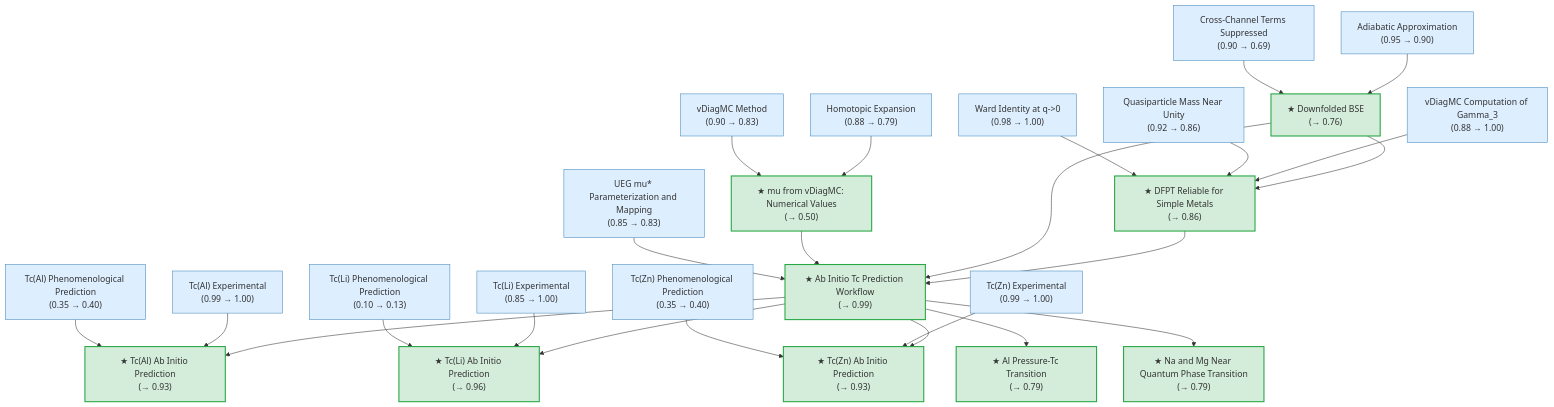
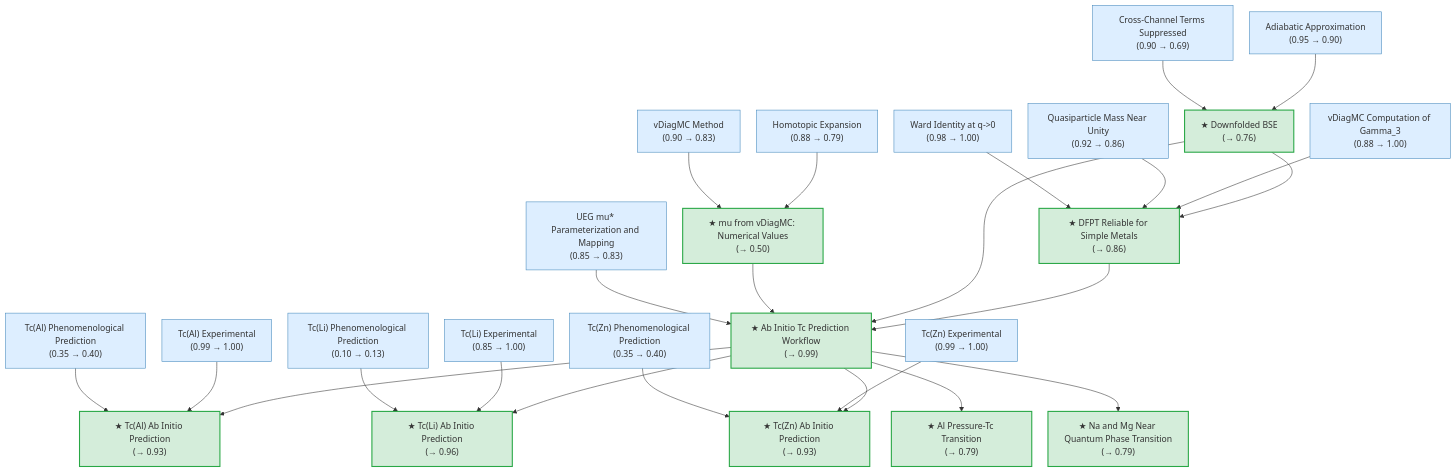
Before and after one commit to kunyuan/SuperconductivityElectronLiquids.gaia: the diagram in README.md, drawn with Mermaid.

Commit message:
feat: increase Mermaid rankSpacing for taller graph

````diff
--- a/README.md
+++ b/README.md
@@ -9,52 +9,58 @@
 ```mermaid
+---
+config:
+  flowchart:
+    rankSpacing: 80
+    nodeSpacing: 30
+---
 graph TB
     adiabatic_approx["Adiabatic Approximation\n(0.95 → 0.90)"]:::premise
     tc_al_experimental["Tc(Al) Experimental\n(0.99 → 1.00)"]:::premise
     tc_li_experimental["Tc(Li) Experimental\n(0.85 → 1.00)"]:::premise
     tc_zn_experimental["Tc(Zn) Experimental\n(0.99 → 1.00)"]:::premise
     tc_al_phenomenological["Tc(Al) Phenomenological Prediction\n(0.35 → 0.40)"]:::premise
     tc_li_phenomenological["Tc(Li) Phenomenological Prediction\n(0.10 → 0.13)"]:::premise
     tc_zn_phenomenological["Tc(Zn) Phenomenological Prediction\n(0.35 → 0.40)"]:::premise
     cross_term_suppressed["Cross-Channel Terms Suppressed\n(0.90 → 0.69)"]:::premise
     downfolded_bse["★ Downfolded BSE\n(→ 0.76)"]:::exported
     vdiagmc_method["vDiagMC Method\n(0.90 → 0.83)"]:::premise
     homotopic_expansion["Homotopic Expansion\n(0.88 → 0.79)"]:::premise
     mu_vdiagmc_values["★ mu from vDiagMC: Numerical Values\n(→ 0.50)"]:::exported
     ward_identity["Ward Identity at q->0\n(0.98 → 1.00)"]:::premise
     gamma3_vdiagmc["vDiagMC Computation of Gamma_3\n(0.88 → 1.00)"]:::premise
     quasiparticle_mass_near_unity["Quasiparticle Mass Near Unity\n(0.92 → 0.86)"]:::premise
     dfpt_reliable_for_simple_metals["★ DFPT Reliable for Simple Metals\n(→ 0.86)"]:::exported
     ueg_pseudopotential_parameterization["UEG mu#ast; Parameterization and Mapping\n(0.85 → 0.83)"]:::premise
     ab_initio_workflow["★ Ab Initio Tc Prediction Workflow\n(→ 0.99)"]:::exported
     tc_al_predicted["★ Tc(Al) Ab Initio Prediction\n(→ 0.93)"]:::exported
     tc_zn_predicted["★ Tc(Zn) Ab Initio Prediction\n(→ 0.93)"]:::exported
     tc_li_predicted["★ Tc(Li) Ab Initio Prediction\n(→ 0.96)"]:::exported
     al_pressure_transition["★ Al Pressure-Tc Transition\n(→ 0.79)"]:::exported
     tc_mg_na_near_qpt["★ Na and Mg Near Quantum Phase Transition\n(→ 0.79)"]:::exported
     ab_initio_workflow --> al_pressure_transition
     ab_initio_workflow --> tc_al_predicted
     tc_al_experimental --> tc_al_predicted
     tc_al_phenomenological --> tc_al_predicted
     ab_initio_workflow --> tc_li_predicted
     tc_li_experimental --> tc_li_predicted
     tc_li_phenomenological --> tc_li_predicted
     ab_initio_workflow --> tc_mg_na_near_qpt
     ab_initio_workflow --> tc_zn_predicted
     tc_zn_experimental --> tc_zn_predicted
     tc_zn_phenomenological --> tc_zn_predicted
     adiabatic_approx --> downfolded_bse
     cross_term_suppressed --> downfolded_bse
     dfpt_reliable_for_simple_metals --> ab_initio_workflow
     downfolded_bse --> ab_initio_workflow
     mu_vdiagmc_values --> ab_initio_workflow
     ueg_pseudopotential_parameterization --> ab_initio_workflow
     downfolded_bse --> dfpt_reliable_for_simple_metals
     gamma3_vdiagmc --> dfpt_reliable_for_simple_metals
     quasiparticle_mass_near_unity --> dfpt_reliable_for_simple_metals
     ward_identity --> dfpt_reliable_for_simple_metals
     homotopic_expansion --> mu_vdiagmc_values
     vdiagmc_method --> mu_vdiagmc_values
 
     classDef premise fill:#ddeeff,stroke:#4488bb,color:#333
     classDef exported fill:#d4edda,stroke:#28a745,stroke-width:2px,color:#333
 ```
````
